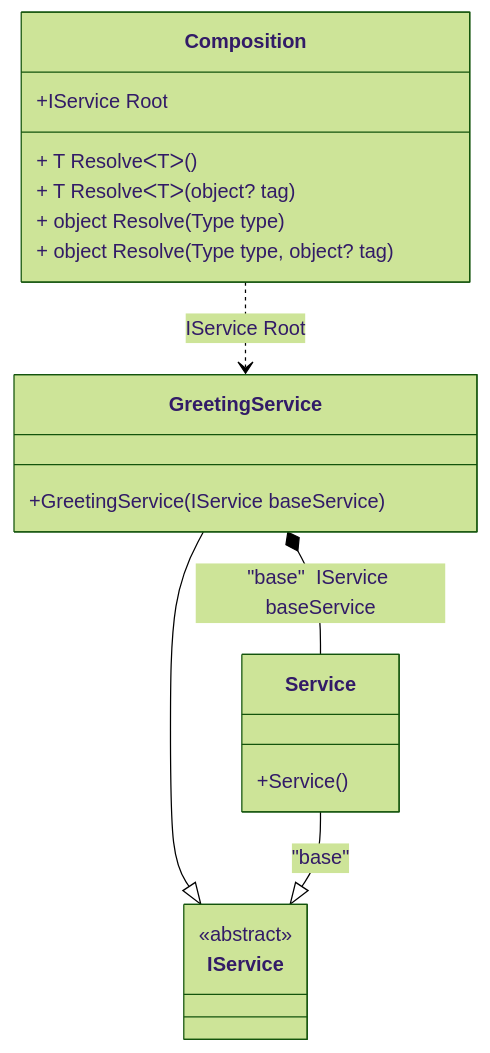
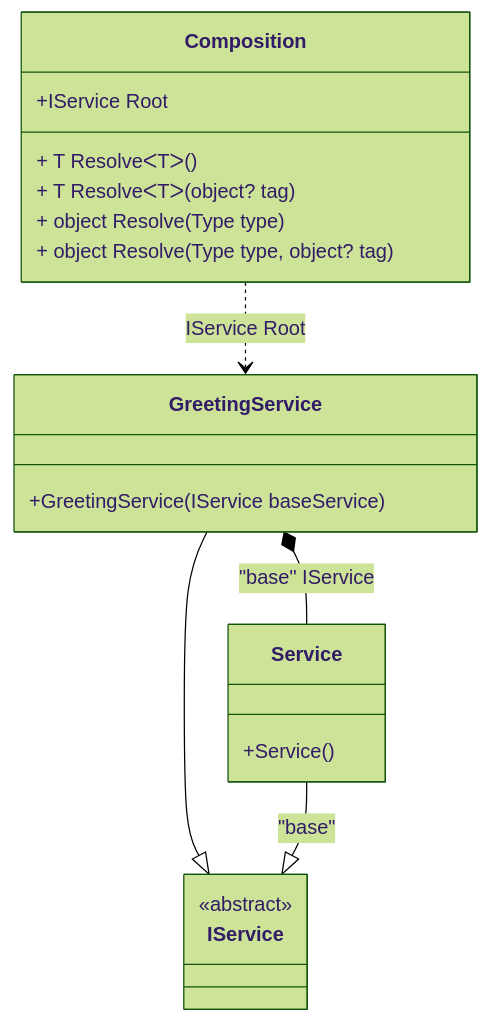
The diagram in readme/decorator.md (DevTeam/Pure.DI), drawn with Mermaid (forest theme) before and after one commit. The commit also changed other lines of this file and 84 other files, not shown here.

````diff
--- a/readme/decorator.md
+++ b/readme/decorator.md
@@ -38,23 +38,23 @@
 ```mermaid
 classDiagram
   class Composition {
     +IService Root
     + T ResolveᐸTᐳ()
     + T ResolveᐸTᐳ(object? tag)
     + object Resolve(Type type)
     + object Resolve(Type type, object? tag)
   }
   GreetingService --|> IService : 
   class GreetingService {
     +GreetingService(IService baseService)
   }
   Service --|> IService : "base" 
   class Service {
     +Service()
   }
   class IService {
     <<abstract>>
   }
-  GreetingService *--  Service : "base"  IService baseService
+  GreetingService *--  Service : "base"  IService
   Composition ..> GreetingService : IService Root
 ```
````
